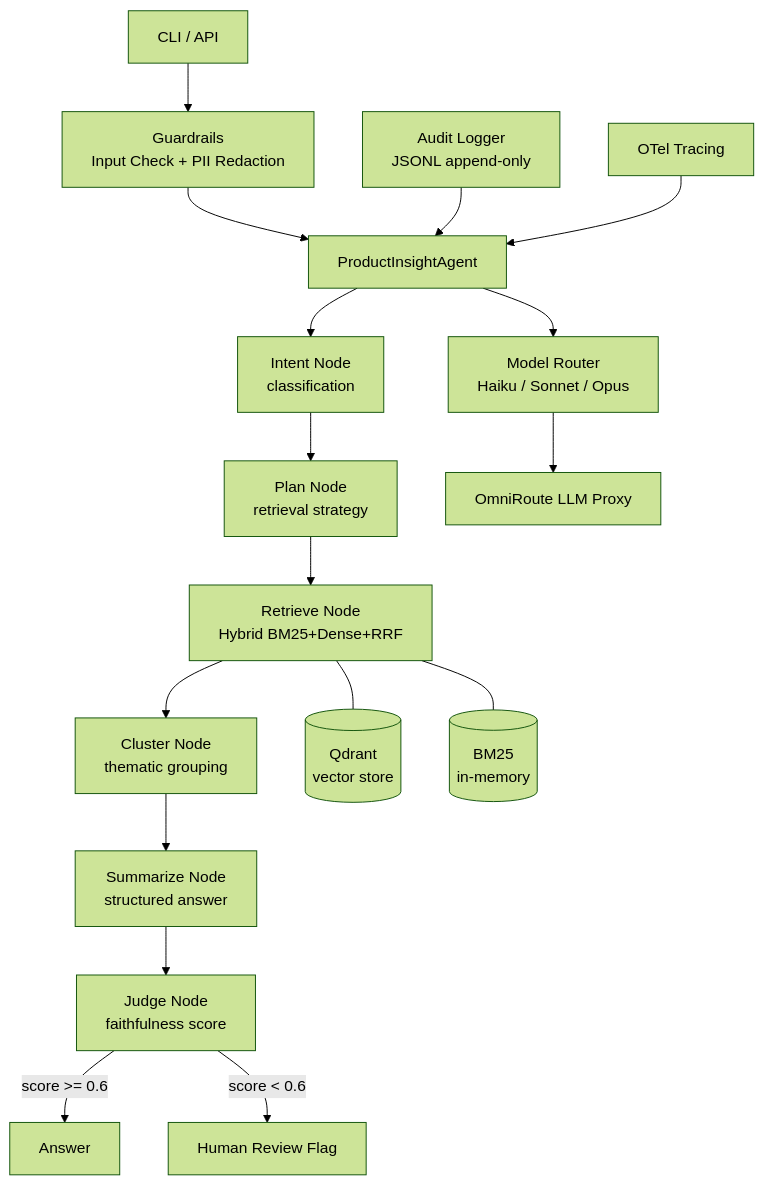
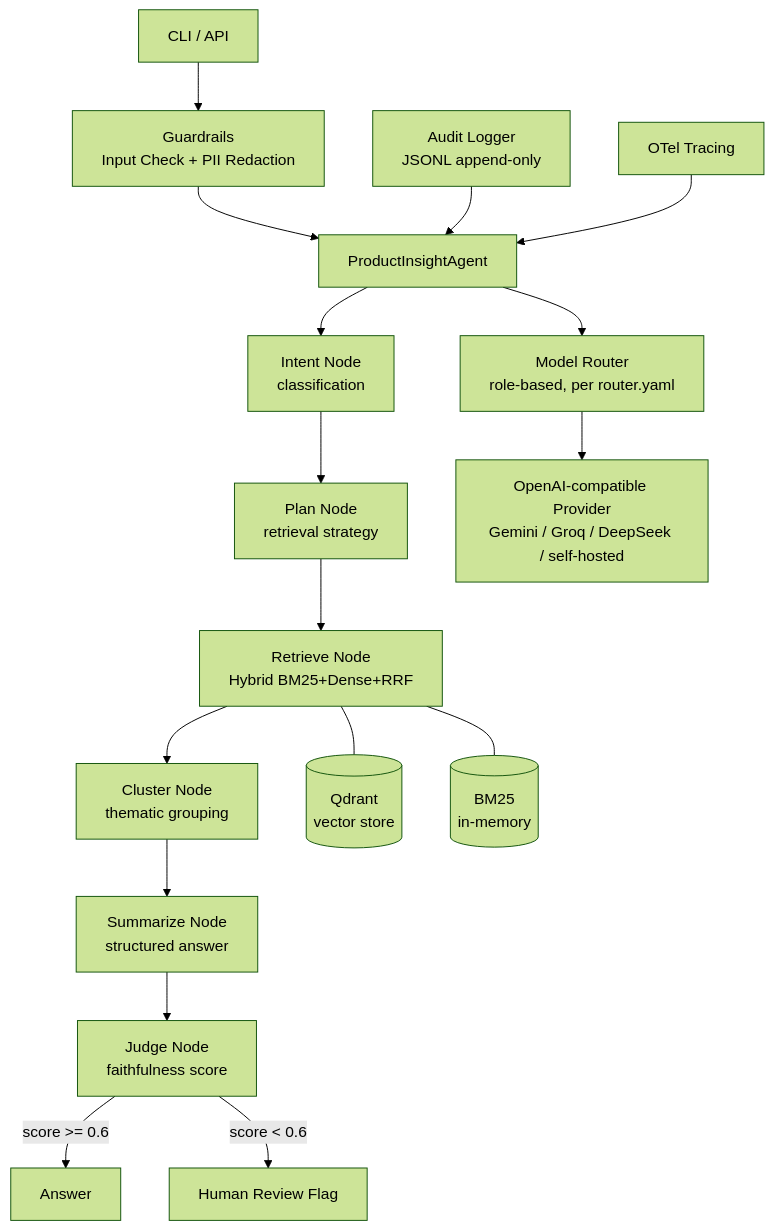
One commit to bsamsonov/product-insight-agent changed the second of 2 diagrams in README.md. Above: the diagram before and after it, drawn with Mermaid (forest theme). The commit also changed other lines of this file and 1 other file, not shown here.

First line of the commit message:
docs: reframe OmniRoute as an optional generic gateway, not the default

````diff
--- a/README.md
+++ b/README.md
@@ -69,22 +69,22 @@
 ```mermaid
 graph TD
     UI[CLI / API] --> GRD[Guardrails\nInput Check + PII Redaction]
     GRD --> AGT[ProductInsightAgent]
     AGT --> INTENT[Intent Node\nclassification]
     INTENT --> PLAN[Plan Node\nretrieval strategy]
     PLAN --> RET[Retrieve Node\nHybrid BM25+Dense+RRF]
     RET --> CLU[Cluster Node\nthematic grouping]
     CLU --> SUM[Summarize Node\nstructured answer]
     SUM --> JUDGE[Judge Node\nfaithfulness score]
     JUDGE -->|score >= 0.6| END[Answer]
     JUDGE -->|score < 0.6| HITL[Human Review Flag]
 
     RET --- QDRANT[(Qdrant\nvector store)]
     RET --- BM25[(BM25\nin-memory)]
 
-    AGT --> ROUTER[Model Router\nHaiku / Sonnet / Opus]
-    ROUTER --> LLM[OmniRoute LLM Proxy]
+    AGT --> ROUTER[Model Router\nrole-based, per router.yaml]
+    ROUTER --> LLM[OpenAI-compatible Provider\nGemini / Groq / DeepSeek / self-hosted]
 
     AUDIT[Audit Logger\nJSONL append-only] --> AGT
     OBS[OTel Tracing] --> AGT
 ```
````
